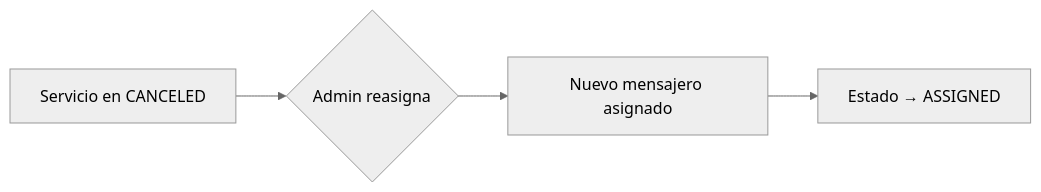
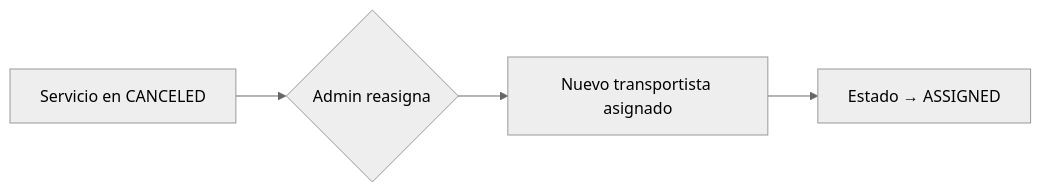
The third of 3 diagrams in README.md (fttmatteo/messenger-backend), drawn with Mermaid (neutral theme) before and after one commit. The commit also changed other lines of this file and 16 other files, not shown here.

````diff
--- a/README.md
+++ b/README.md
@@ -655,6 +660,6 @@
 ```mermaid
 flowchart LR
     A[Servicio en CANCELED] --> B{Admin reasigna}
-    B --> C[Nuevo mensajero asignado]
+    B --> C[Nuevo transportista asignado]
     C --> D[Estado → ASSIGNED]
 ```
````
